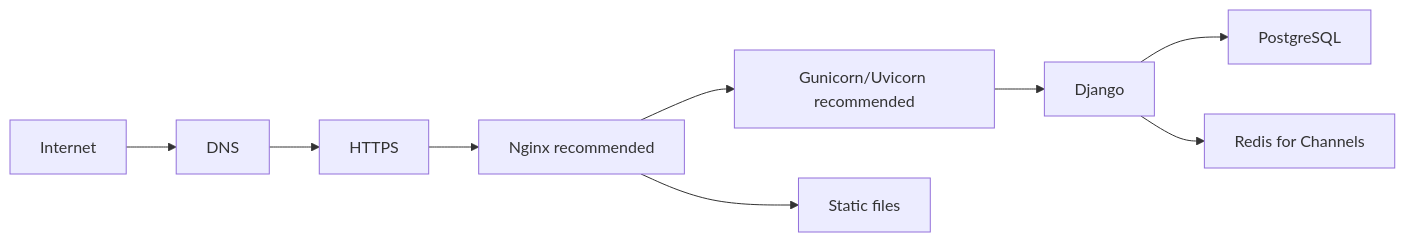
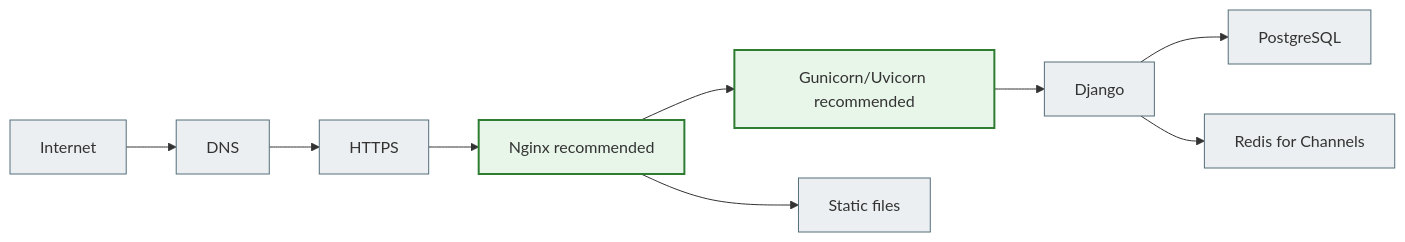
One commit to NikoriakViktot/notes_chat_app changed the eighth of 8 diagrams in docs/ARCHITECTURE.md. Above: the diagram before and after it, drawn with Mermaid. The commit also changed other lines of this file and 441 other files, not shown here.

First line of the commit message:
Add English version of the book, Mermaid standard, docs fixes

````diff
--- a/docs/ARCHITECTURE.md
+++ b/docs/ARCHITECTURE.md
@@ -116,11 +146,17 @@
 ```mermaid
 flowchart LR
     Internet["Internet"] --> DNS["DNS"]
     DNS --> HTTPS["HTTPS"]
     HTTPS --> Nginx["Nginx recommended"]
     Nginx --> App["Gunicorn/Uvicorn recommended"]
     App --> Django["Django"]
     Django --> Postgres["PostgreSQL"]
     Django --> Redis["Redis for Channels"]
     Nginx --> Static["Static files"]
+
+    classDef step     fill:#eceff1,stroke:#546e7a,stroke-width:1px;
+    classDef success  fill:#e8f5e9,stroke:#2e7d32,stroke-width:2px;
+
+    class Internet,DNS,HTTPS,Django,Postgres,Redis,Static step;
+    class Nginx,App success;
 ```
````
